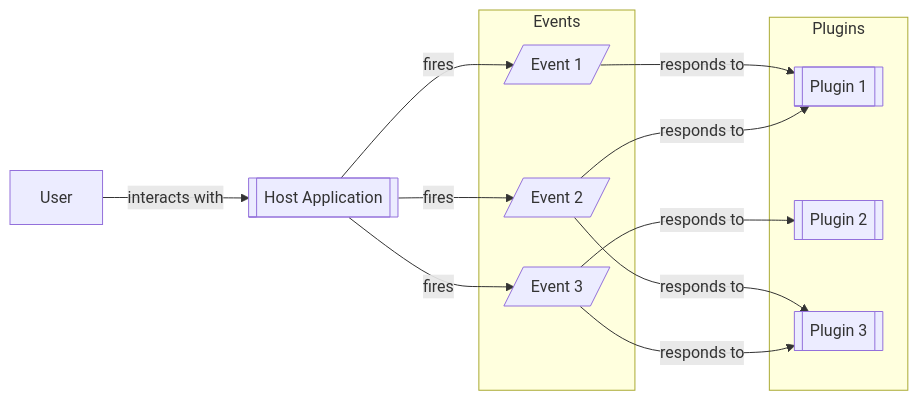
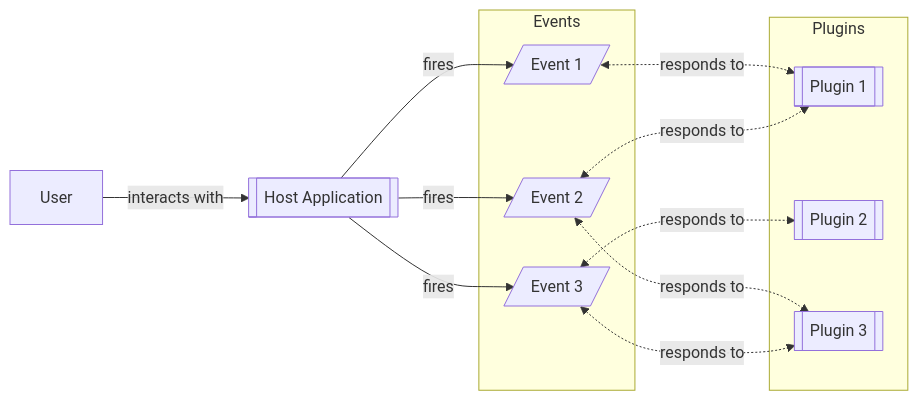
The diagram in docs/1_plugins.md (dijital20/pytexas2024-plugins), drawn with Mermaid before and after one commit.

Commit message:
Changed plugin event arrows.

````diff
--- a/docs/1_plugins.md
+++ b/docs/1_plugins.md
@@ -13,32 +13,32 @@
 ```mermaid
 graph LR
     user[User]
 
     host[[Host Application]]
     
     subgraph Events
         event1[/Event 1/]
         event2[/Event 2/]
         event3[/Event 3/]
     end
 
     subgraph Plugins
         plugin1[[Plugin 1]]
         plugin2[[Plugin 2]]
         plugin3[[Plugin 3]]
     end
 
     user -- interacts with --> host
 
     host -- fires --> event1
     host -- fires --> event2
     host -- fires --> event3
 
-    event1 -- responds to --> plugin1
+    event1 <-. responds to .-> plugin1
 
-    event2 -- responds to --> plugin1
-    event2 -- responds to --> plugin3
+    event2 <-. responds to .-> plugin1
+    event2 <-. responds to .-> plugin3
 
-    event3 -- responds to --> plugin2
-    event3 -- responds to --> plugin3
+    event3 <-. responds to .-> plugin2
+    event3 <-. responds to .-> plugin3
 ```
````
